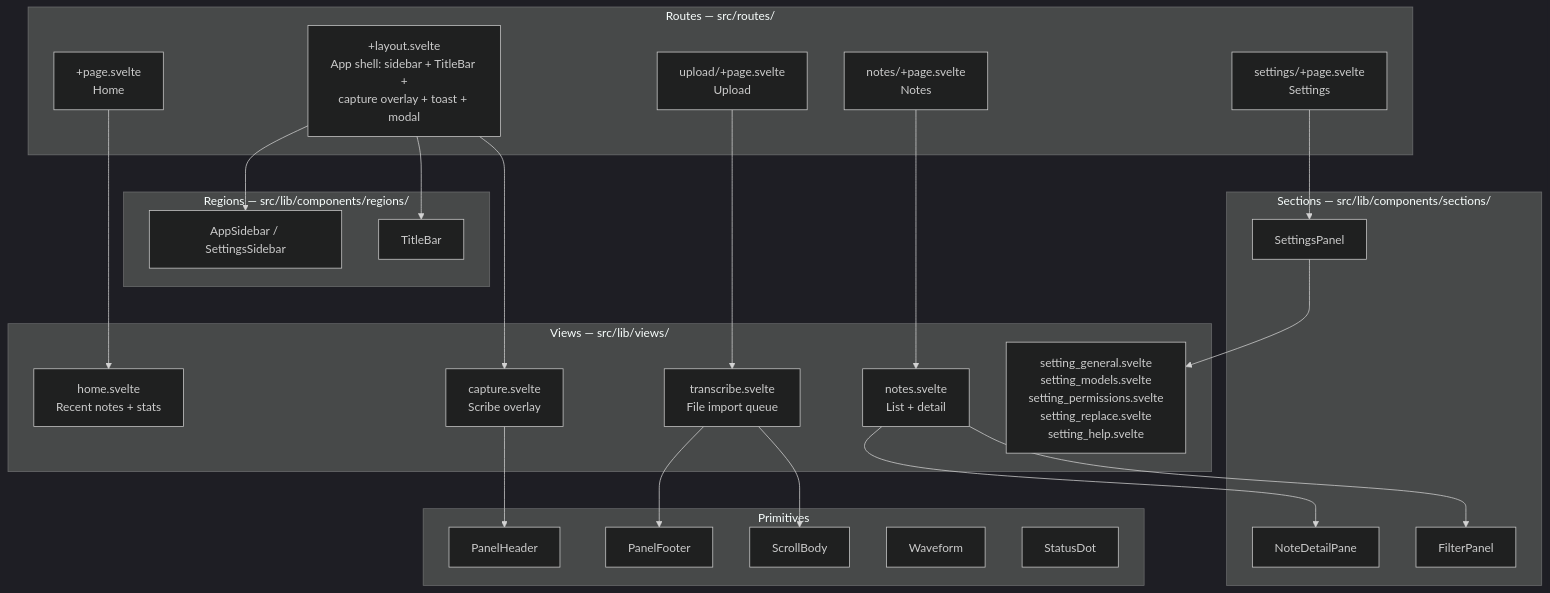
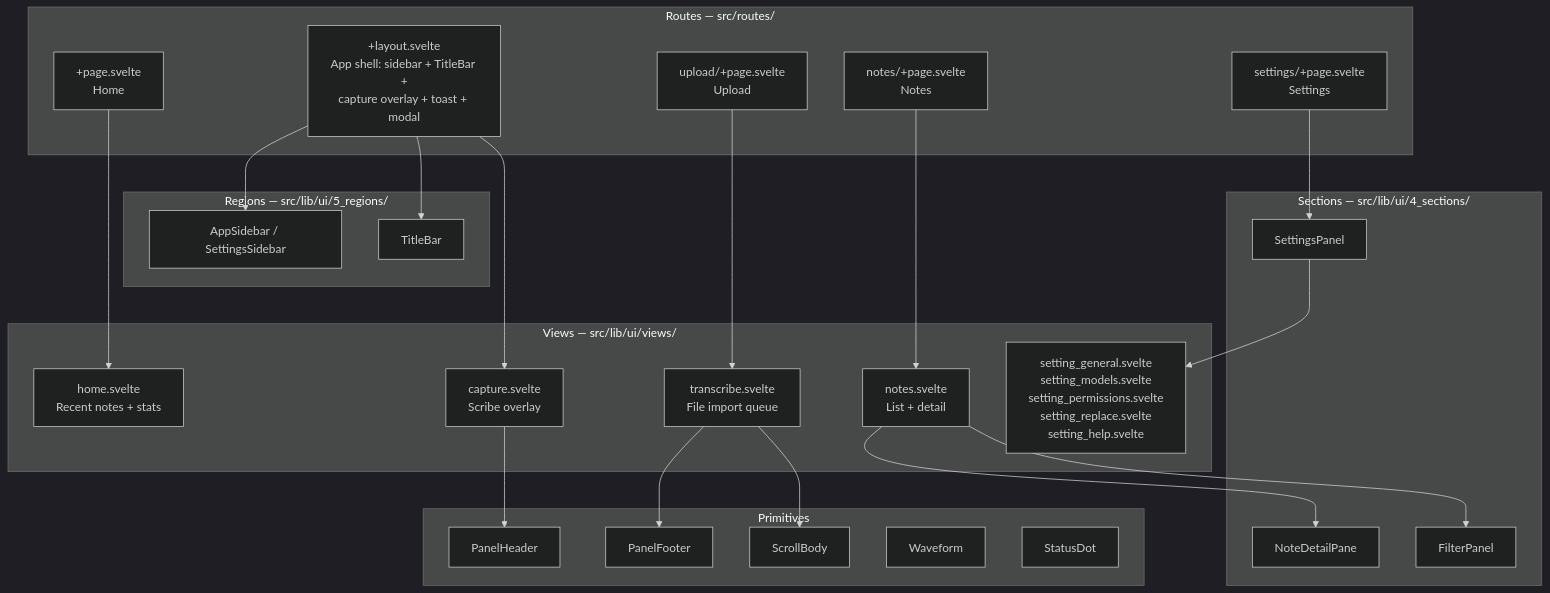
One commit to Lenniott/scribeFloat changed the third of 12 diagrams in docs/architecture.md. Above: the diagram before and after it, drawn with Mermaid (dark theme). The commit also changed other lines of this file and 122 other files, not shown here.

````diff
--- a/docs/architecture.md
+++ b/docs/architecture.md
@@ -187,51 +187,51 @@
 ```mermaid
 graph TB
     subgraph routes["Routes — src/routes/"]
         layout["+layout.svelte\nApp shell: sidebar + TitleBar +\ncapture overlay + toast + modal"]
         home_r["+page.svelte\nHome"]
         notes_r["notes/+page.svelte\nNotes"]
         upload_r["upload/+page.svelte\nUpload"]
         settings_r["settings/+page.svelte\nSettings"]
     end
 
-    subgraph views["Views — src/lib/views/"]
+    subgraph views["Views — src/lib/ui/views/"]
         home_v["home.svelte\nRecent notes + stats"]
         notes_v["notes.svelte\nList + detail"]
         capture_v["capture.svelte\nScribe overlay"]
         transcribe_v["transcribe.svelte\nFile import queue"]
         setting_tabs["setting_general.svelte\nsetting_models.svelte\nsetting_permissions.svelte\nsetting_replace.svelte\nsetting_help.svelte"]
     end
 
-    subgraph regions["Regions — src/lib/components/regions/"]
+    subgraph regions["Regions — src/lib/ui/5_regions/"]
         sidebar["AppSidebar / SettingsSidebar"]
         titlebar["TitleBar"]
     end
 
-    subgraph sections["Sections — src/lib/components/sections/"]
+    subgraph sections["Sections — src/lib/ui/4_sections/"]
         detail_pane["NoteDetailPane"]
         settings_panel["SettingsPanel"]
         filter_panel["FilterPanel"]
     end
 
     subgraph primitives["Primitives"]
         panel_header["PanelHeader"]
         panel_footer["PanelFooter"]
         scroll_body["ScrollBody"]
         waveform["Waveform"]
         status_dot["StatusDot"]
     end
 
     layout --> sidebar
     layout --> titlebar
     layout --> capture_v
     home_r --> home_v
     notes_r --> notes_v
     upload_r --> transcribe_v
     settings_r --> settings_panel
     notes_v --> detail_pane
     notes_v --> filter_panel
     settings_panel --> setting_tabs
     capture_v --> panel_header
     transcribe_v --> scroll_body
     transcribe_v --> panel_footer
 ```
````
